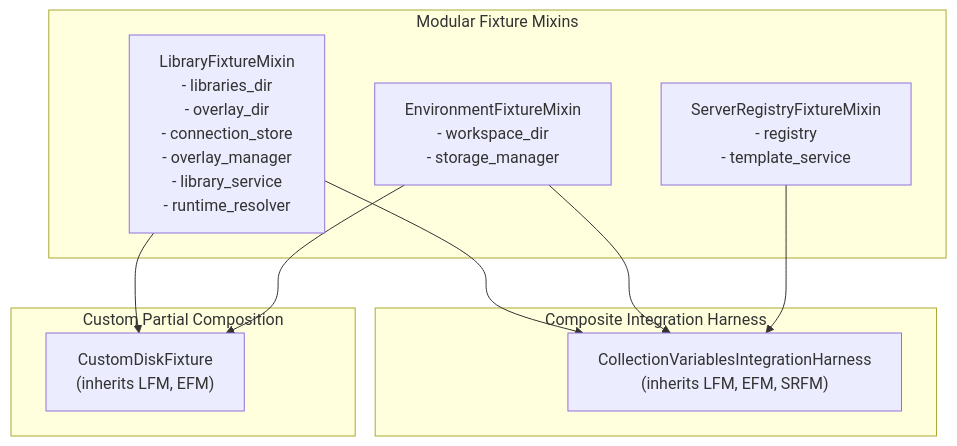
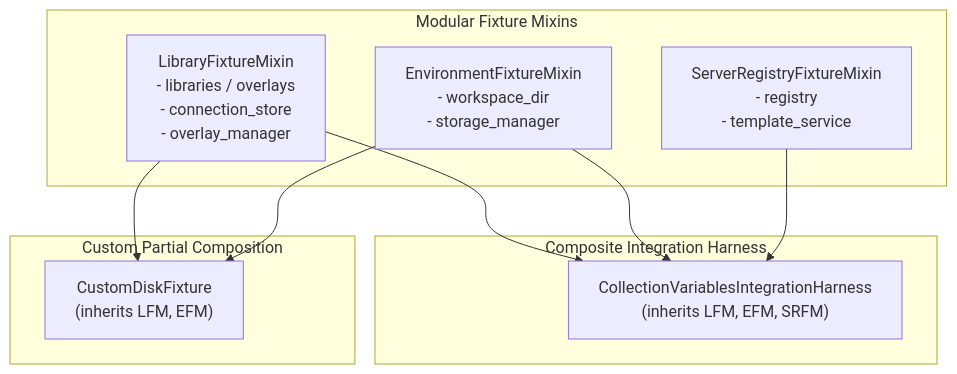
The diagram in doc/dev/collection_integration_harness.md (koctep/pypost), drawn with Mermaid before and after one commit. The commit also changed other lines of this file, not shown here.

````diff
--- a/doc/dev/collection_integration_harness.md
+++ b/doc/dev/collection_integration_harness.md
@@ -24,23 +30,23 @@
 ```mermaid
 flowchart TB
     subgraph Mixins["Modular Fixture Mixins"]
-        LFM["LibraryFixtureMixin<br/>- libraries_dir<br/>- overlay_dir<br/>- connection_store<br/>- overlay_manager<br/>- library_service<br/>- runtime_resolver"]
+        LFM["LibraryFixtureMixin<br/>- libraries / overlays<br/>- connection_store<br/>- overlay_manager"]
         EFM["EnvironmentFixtureMixin<br/>- workspace_dir<br/>- storage_manager"]
         SRFM["ServerRegistryFixtureMixin<br/>- registry<br/>- template_service"]
     end
 
     subgraph Composite["Composite Integration Harness"]
         CVIH["CollectionVariablesIntegrationHarness<br/>(inherits LFM, EFM, SRFM)"]
     end
 
     subgraph Custom["Custom Partial Composition"]
         CF["CustomDiskFixture<br/>(inherits LFM, EFM)"]
     end
 
     LFM --> CVIH
     EFM --> CVIH
     SRFM --> CVIH
 
     LFM --> CF
     EFM --> CF
 ```
````
